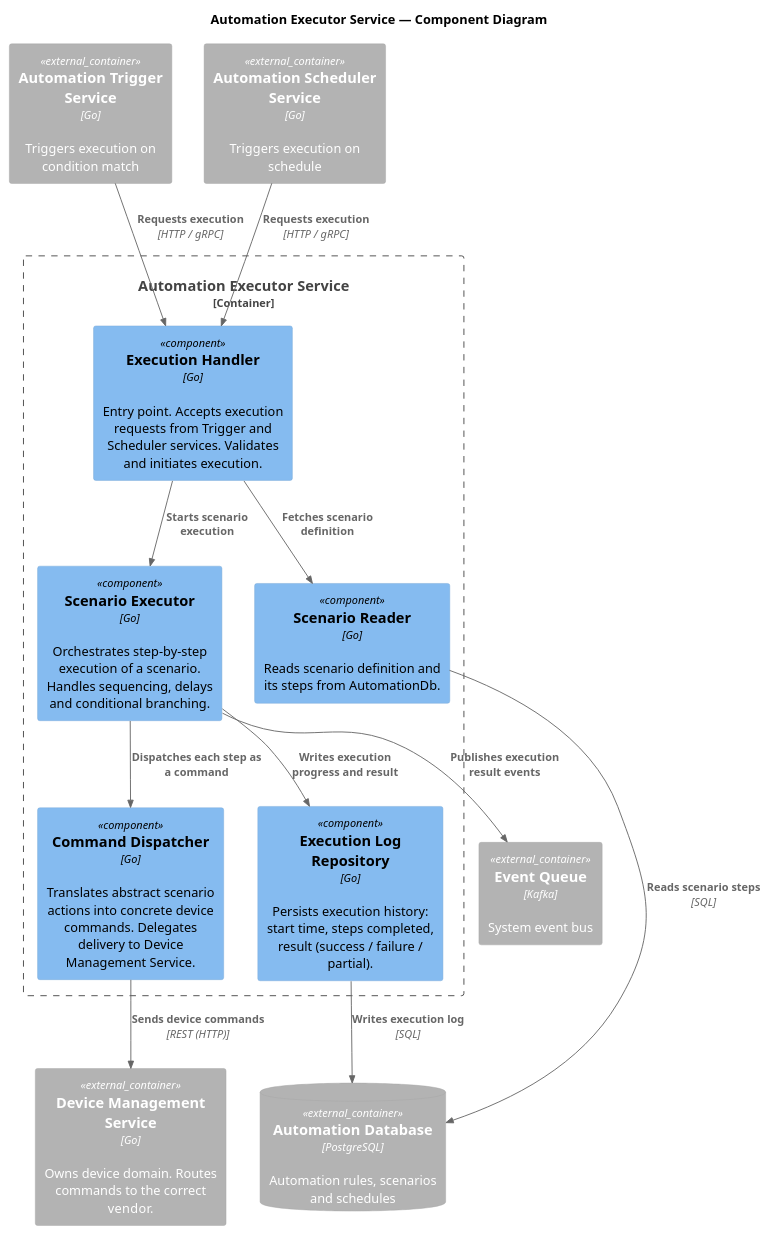
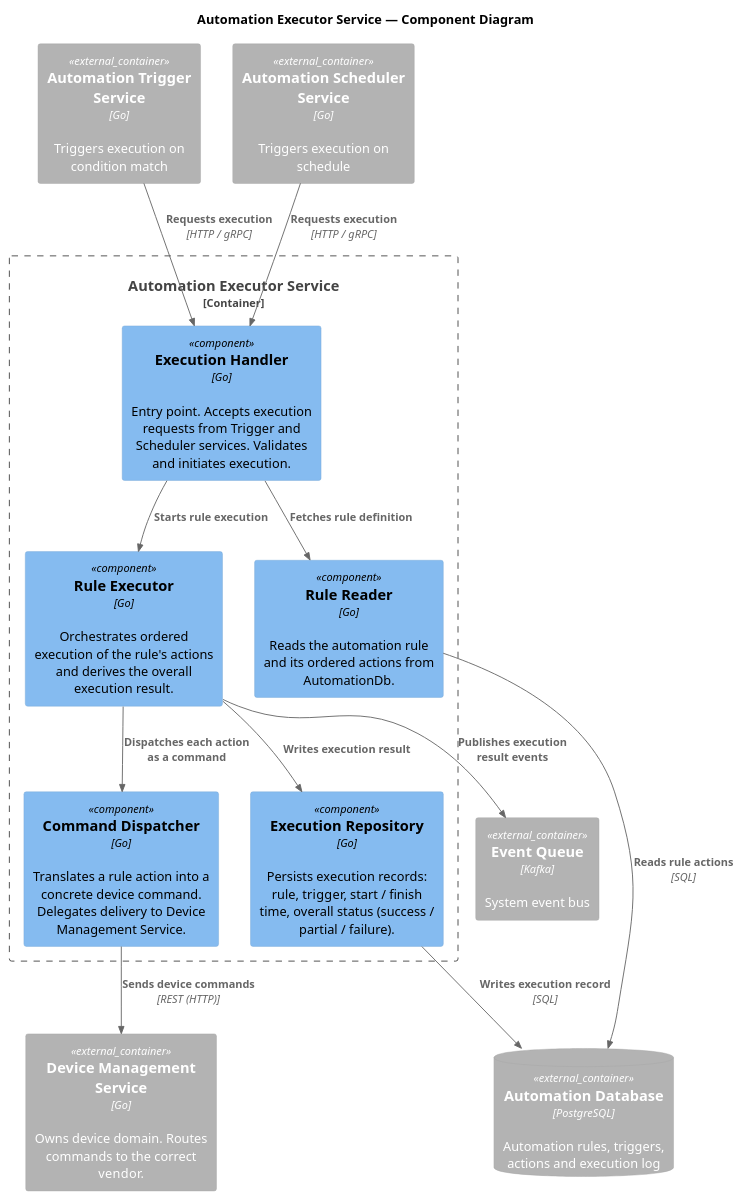
Before and after one commit to eugene-milostivenko/arch_01: the diagram in diagrams/components/automation_executor_service.puml, drawn with PlantUML. The commit also changed 5 other files, not shown here.

Commit message:
ref diagrams

```diff
--- a/diagrams/components/automation_executor_service.puml
+++ b/diagrams/components/automation_executor_service.puml
@@ -1,41 +1,41 @@
 @startuml
 title Automation Executor Service — Component Diagram
 top to bottom direction
 !include https://raw.githubusercontent.com/plantuml-stdlib/C4-PlantUML/master/C4_Component.puml
 
 ' ── External containers ───────────────────────────────────────────────────────
 Container_Ext(AutomationTriggerSvc,    "Automation Trigger Service",    "Go",        "Triggers execution on condition match")
 Container_Ext(AutomationSchedulerSvc,  "Automation Scheduler Service",  "Go",        "Triggers execution on schedule")
 Container_Ext(DeviceManagementSvc,     "Device Management Service",     "Go",        "Owns device domain. Routes commands to the correct vendor.")
 Container_Ext(EventQueue,              "Event Queue",                   "Kafka",     "System event bus")
-ContainerDb_Ext(AutomationDb,          "Automation Database",           "PostgreSQL","Automation rules, scenarios and schedules")
+ContainerDb_Ext(AutomationDb,          "Automation Database",           "PostgreSQL","Automation rules, triggers, actions and execution log")
 
 ' ── Automation Executor Service boundary ─────────────────────────────────────
 Container_Boundary(AutomationExecutorService, "Automation Executor Service") {
 
-  Component(ExecutionHandler,       "Execution Handler",        "Go",            "Entry point. Accepts execution requests from Trigger and Scheduler services. Validates and initiates execution.")
-  Component(ScenarioReader,         "Scenario Reader",          "Go",            "Reads scenario definition and its steps from AutomationDb.")
-  Component(ScenarioExecutor,       "Scenario Executor",        "Go",            "Orchestrates step-by-step execution of a scenario. Handles sequencing, delays and conditional branching.")
-  Component(CommandDispatcher,      "Command Dispatcher",       "Go",            "Translates abstract scenario actions into concrete device commands. Delegates delivery to Device Management Service.")
-  Component(ExecutionLogRepository, "Execution Log Repository", "Go",            "Persists execution history: start time, steps completed, result (success / failure / partial).")
+  Component(ExecutionHandler,    "Execution Handler",     "Go",            "Entry point. Accepts execution requests from Trigger and Scheduler services. Validates and initiates execution.")
+  Component(RuleReader,          "Rule Reader",           "Go",            "Reads the automation rule and its ordered actions from AutomationDb.")
+  Component(RuleExecutor,        "Rule Executor",         "Go",            "Orchestrates ordered execution of the rule's actions and derives the overall execution result.")
+  Component(CommandDispatcher,   "Command Dispatcher",    "Go",            "Translates a rule action into a concrete device command. Delegates delivery to Device Management Service.")
+  Component(ExecutionRepository, "Execution Repository",  "Go",            "Persists execution records: rule, trigger, start / finish time, overall status (success / partial / failure).")
 }
 
 ' ── Relations: inbound ───────────────────────────────────────────────────────
 Rel(AutomationTriggerSvc,   ExecutionHandler, "Requests execution", "HTTP / gRPC")
 Rel(AutomationSchedulerSvc, ExecutionHandler, "Requests execution", "HTTP / gRPC")
 
 ' ── Relations: internal ──────────────────────────────────────────────────────
-Rel(ExecutionHandler,  ScenarioReader,         "Fetches scenario definition")
-Rel(ExecutionHandler,  ScenarioExecutor,       "Starts scenario execution")
+Rel(ExecutionHandler,  RuleReader,           "Fetches rule definition")
+Rel(ExecutionHandler,  RuleExecutor,         "Starts rule execution")
 
-Rel(ScenarioExecutor,  CommandDispatcher,      "Dispatches each step as a command")
-Rel(ScenarioExecutor,  ExecutionLogRepository, "Writes execution progress and result")
+Rel(RuleExecutor,  CommandDispatcher,       "Dispatches each action as a command")
+Rel(RuleExecutor,  ExecutionRepository,     "Writes execution result")
 
-Rel(CommandDispatcher, DeviceManagementSvc,     "Sends device commands",   "REST (HTTP)")
+Rel(CommandDispatcher, DeviceManagementSvc,  "Sends device commands",   "REST (HTTP)")
 
 ' ── Relations: outbound ──────────────────────────────────────────────────────
-Rel(ScenarioReader,          AutomationDb,  "Reads scenario steps",    "SQL")
-Rel(ExecutionLogRepository,  AutomationDb,  "Writes execution log",    "SQL")
-Rel(ScenarioExecutor,        EventQueue,    "Publishes execution result events")
+Rel(RuleReader,            AutomationDb,  "Reads rule actions",      "SQL")
+Rel(ExecutionRepository,   AutomationDb,  "Writes execution record", "SQL")
+Rel(RuleExecutor,          EventQueue,    "Publishes execution result events")
 
 @enduml
```
